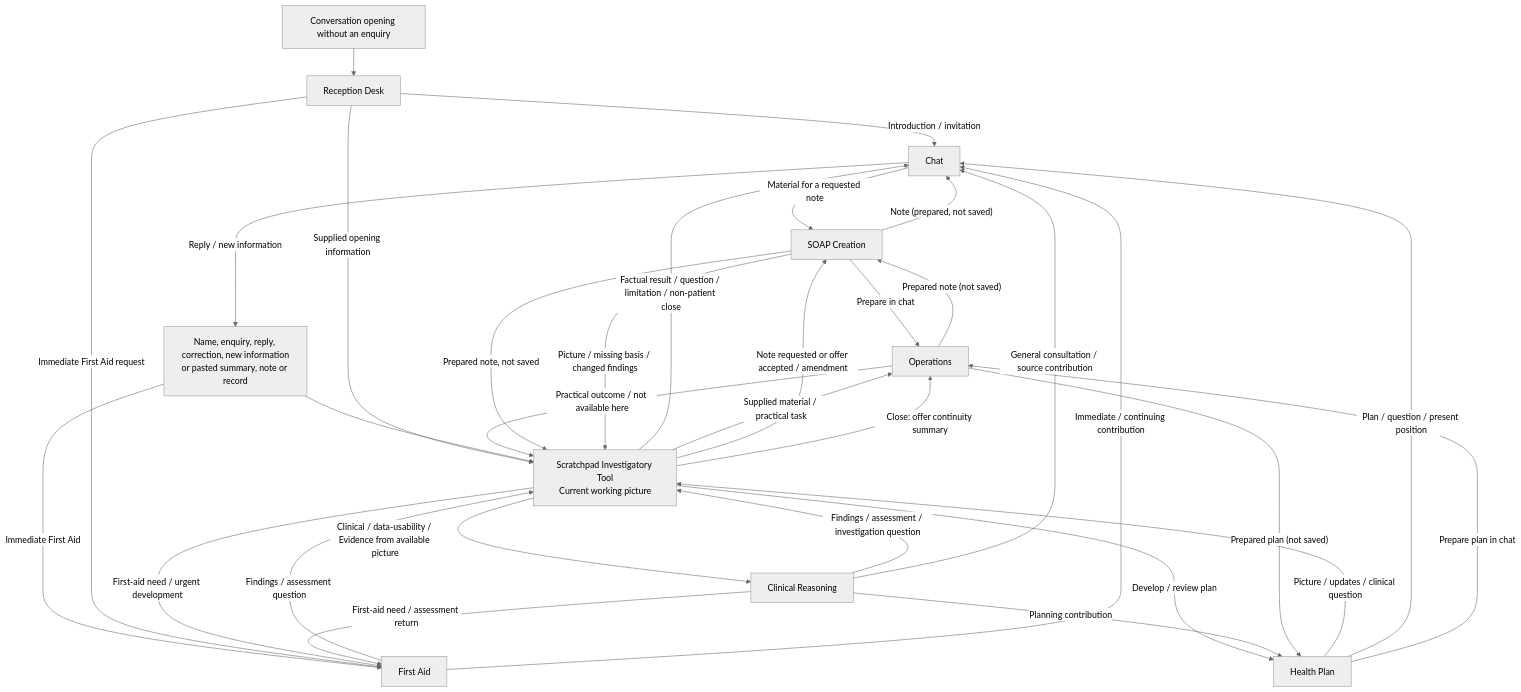
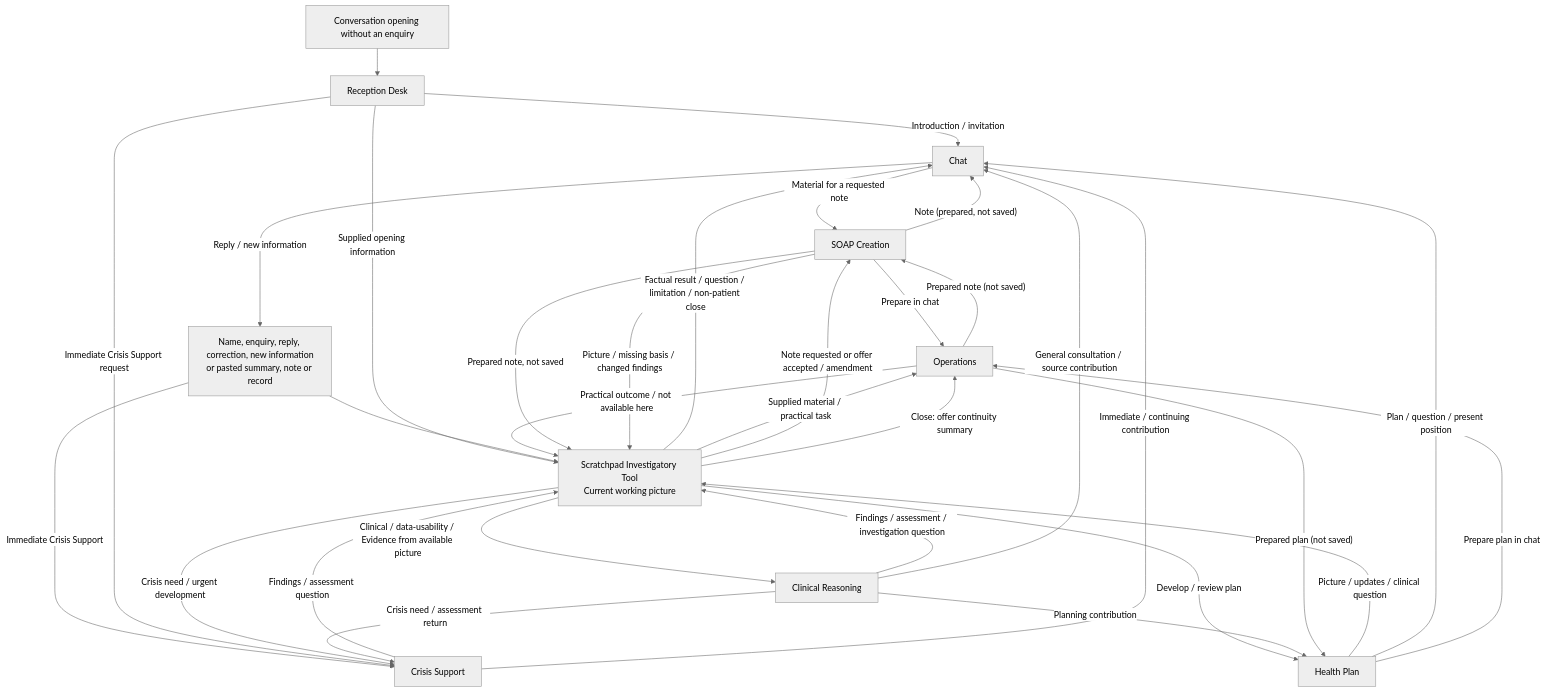
Before and after one commit to davidarchdale2-lab/Ontheqt: the third of 4 diagrams in mental-health-instruction-set/standalone/SYSTEM_PROMPT.md, drawn with Mermaid (neutral theme). The commit also changed other lines of this file and 5 other files, not shown here.

First line of the commit message:
Replace First Aid with a mental-health Crisis Support module (standalone)

````diff
--- a/mental-health-instruction-set/standalone/SYSTEM_PROMPT.md
+++ b/mental-health-instruction-set/standalone/SYSTEM_PROMPT.md
@@ -1869,41 +1787,41 @@
 ```mermaid
 flowchart TD
     OPEN["Conversation opening without an enquiry"] --> R["Reception Desk"]
     R -- "Introduction / invitation" --> C["Chat"]
     R -- "Supplied opening information" --> W["Scratchpad Investigatory Tool<br/>Current working picture"]
     IN["Name, enquiry, reply, correction, new information<br/>or pasted summary, note or record"] --> W
-    IN -- "Immediate First Aid" --> FA["First Aid"]
-    R -- "Immediate First Aid request" --> FA
-    W -- "First-aid need / urgent development" --> FA
+    IN -- "Immediate Crisis Support" --> FA["Crisis Support"]
+    R -- "Immediate Crisis Support request" --> FA
+    W -- "Crisis need / urgent development" --> FA
     W -- "Clinical / data-usability / Evidence from available picture" --> E["Clinical Reasoning"]
     E -- "Findings / assessment / investigation question" --> W
     W -- "Factual result / question / limitation / non-patient close" --> C
     E -- "General consultation / source contribution" --> C
     FA -- "Findings / assessment question" --> W
-    E -- "First-aid need / assessment return" --> FA
+    E -- "Crisis need / assessment return" --> FA
     FA -- "Immediate / continuing contribution" --> C
     W -- "Develop / review plan" --> P["Health Plan"]
     P -- "Picture / updates / clinical question" --> W
     E -- "Planning contribution" --> P
     P -- "Plan / question / present position" --> C
     W -- "Supplied material / practical task" --> O["Operations"]
     O -- "Practical outcome / not available here" --> W
     W -- "Note requested or offer accepted / amendment" --> N["SOAP Creation"]
     N -- "Prepare in chat" --> O
     O -- "Prepared note (not saved)" --> N
     N -- "Prepared note, not saved" --> W
     W -- "Close: offer continuity summary" --> O
     P -- "Prepare plan in chat" --> O
     O -- "Prepared plan (not saved)" --> P
     C -- "Material for a requested note" --> N
     N -- "Picture / missing basis / changed findings" --> W
     N -- "Note (prepared, not saved)" --> C
     C -- "Reply / new information" --> IN
     click R "#aris-reception-desk"
     click W "#aris-scratchpad-investigatory-tool"
     click E "#aris-clinical-reasoning-tool"
-    click FA "#aris-first-aid"
+    click FA "#aris-crisis-support"
     click P "#aris-health-plan"
     click N "#aris-soap-creation"
     click O "#aris-operations"
 ```
````
